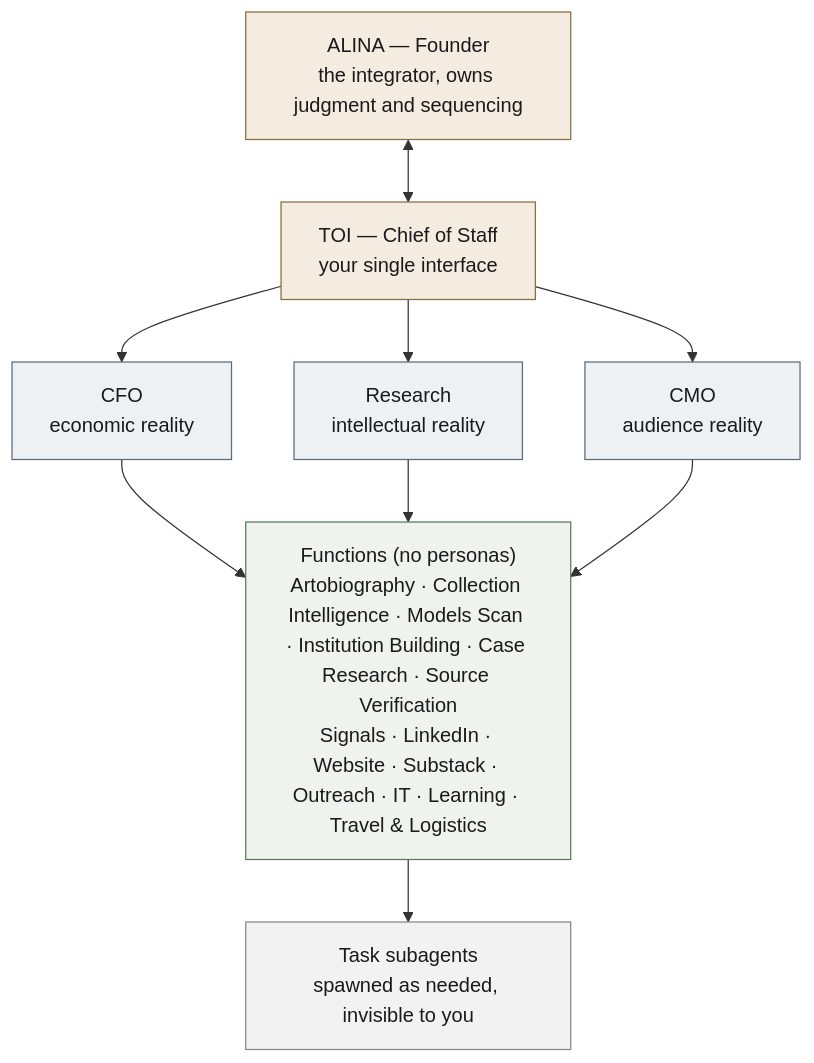
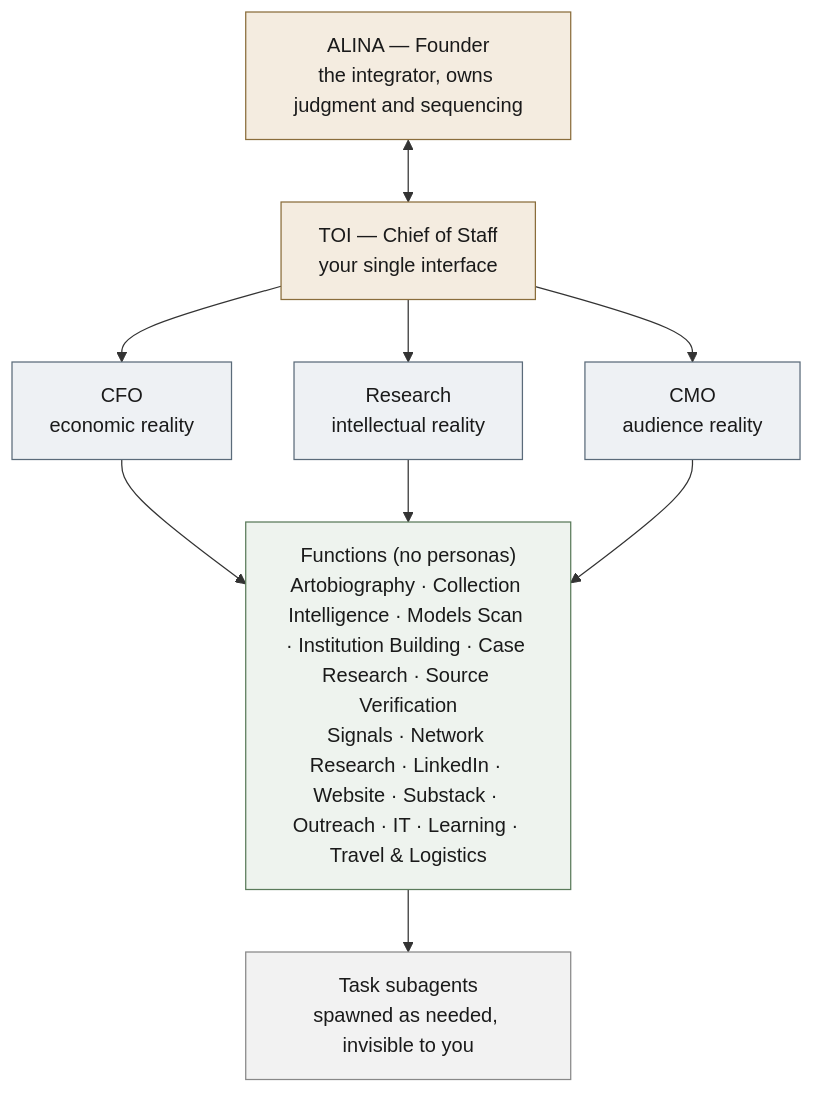
The diagram in company/executive-model.md (alinaokun/nariway-art), drawn with Mermaid before and after one commit. The commit also changed other lines of this file and 7 other files, not shown here.

Commit message:
Add Network Research function + warm-network shortlist; re-voice Substack Notes

````diff
--- a/company/executive-model.md
+++ b/company/executive-model.md
@@ -7,28 +7,28 @@
 ```mermaid
 flowchart TD
     A["ALINA — Founder<br/>the integrator, owns judgment and sequencing"]
     TOI["TOI — Chief of Staff<br/>your single interface"]
     CFO["CFO<br/>economic reality"]
     RES["Research<br/>intellectual reality"]
     CMO["CMO<br/>audience reality"]
-    FUN["Functions (no personas)<br/>Artobiography · Collection Intelligence · Models Scan · Institution Building · Case Research · Source Verification<br/>Signals · LinkedIn · Website · Substack · Outreach · IT · Learning · Travel & Logistics"]
+    FUN["Functions (no personas)<br/>Artobiography · Collection Intelligence · Models Scan · Institution Building · Case Research · Source Verification<br/>Signals · Network Research · LinkedIn · Website · Substack · Outreach · IT · Learning · Travel & Logistics"]
     SUB["Task subagents<br/>spawned as needed, invisible to you"]
 
     A <--> TOI
     TOI --> CFO
     TOI --> RES
     TOI --> CMO
     CFO --> FUN
     RES --> FUN
     CMO --> FUN
     FUN --> SUB
 
     classDef founder fill:#f4ece0,stroke:#8a6d3b,color:#1a1a1a;
     classDef lens fill:#eef1f4,stroke:#5b6b7a,color:#1a1a1a;
     classDef fun fill:#eef3ee,stroke:#5a7a5a,color:#1a1a1a;
     classDef sub fill:#f2f2f2,stroke:#888,color:#1a1a1a;
     class A,TOI founder;
     class CFO,RES,CMO lens;
     class FUN fun;
     class SUB sub;
 ```
````
